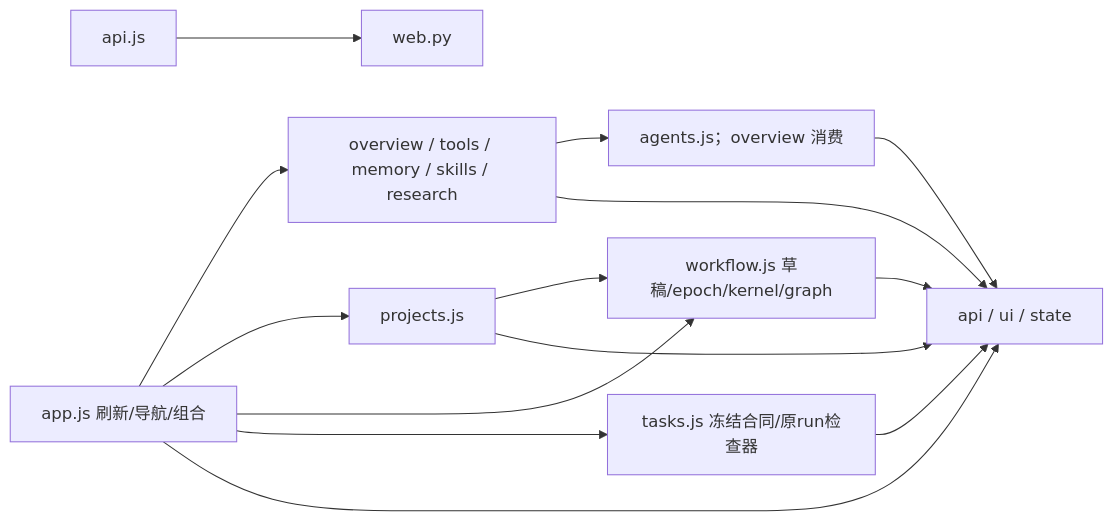
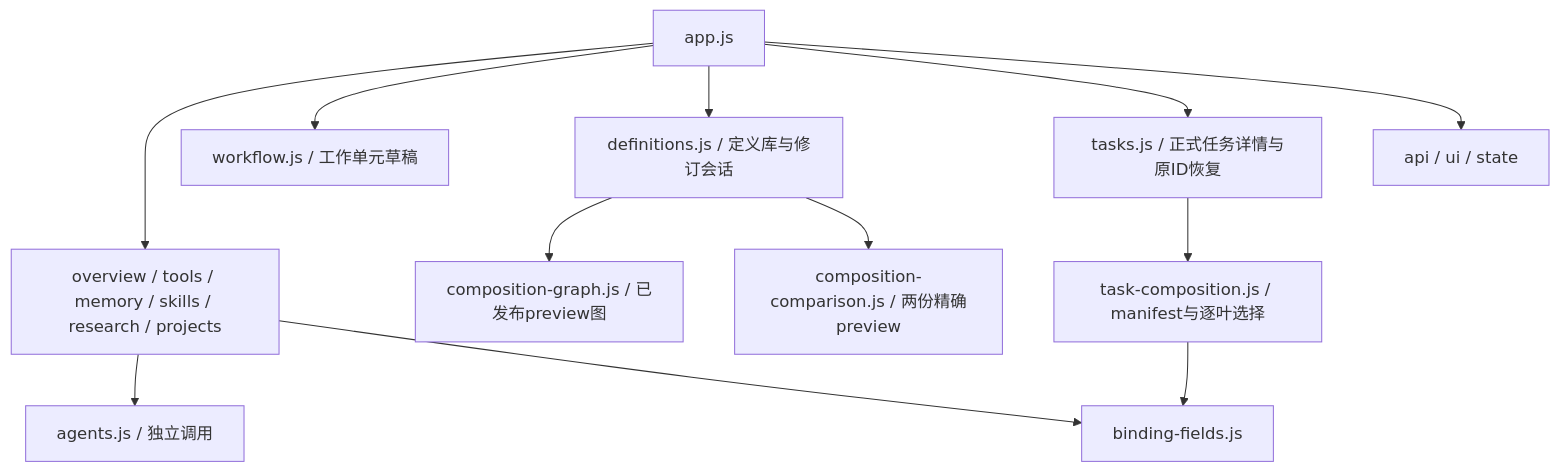
Before and after one commit to 626619403/Ergora: the fourth of 5 diagrams in docs/architecture/current.md, drawn with Mermaid. The commit also changed other lines of this file and 19 other files, not shown here.

Commit message:
docs: map current architecture and platform installation contracts

````diff
--- a/docs/architecture/current.md
+++ b/docs/architecture/current.md
@@ -213,16 +168,14 @@
 ```mermaid
-flowchart LR
-  App[app.js 刷新/导航/组合] --> Views[overview / tools / memory / skills / research]
-  App --> Projects[projects.js]
-  App --> Workflow[workflow.js 草稿/epoch/kernel/graph]
-  App --> Tasks[tasks.js 冻结合同/原run检查器]
-  Projects --> Workflow
-  Views --> Agents[agents.js；overview 消费]
+flowchart TB
+  App[app.js] --> Views[overview / tools / memory / skills / research / projects]
+  App --> Draft[workflow.js / 工作单元草稿]
+  App --> Definitions[definitions.js / 定义库与修订会话]
+  App --> Tasks[tasks.js / 正式任务详情与原ID恢复]
+  Views --> Agents[agents.js / 独立调用]
+  Definitions --> Graph[composition-graph.js / 已发布preview图]
+  Definitions --> Compare[composition-comparison.js / 两份精确preview]
+  Tasks --> Selection[task-composition.js / manifest与逐叶选择]
+  Selection --> Fields[binding-fields.js]
+  Views --> Fields
   App --> Shared[api / ui / state]
-  Views --> Shared
-  Projects --> Shared
-  Workflow --> Shared
-  Tasks --> Shared
-  Agents --> Shared
-  API[api.js] --> HTTP[web.py]
 ```
````
